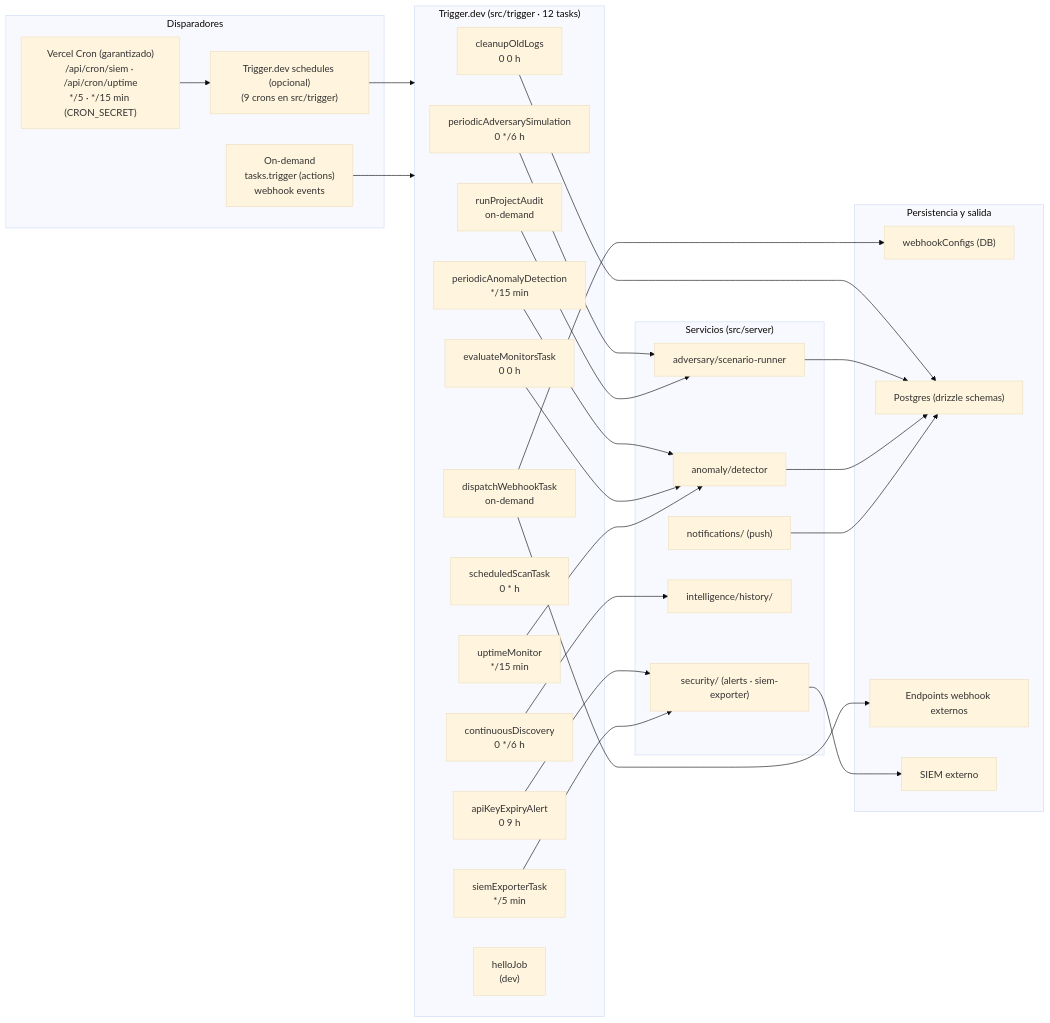
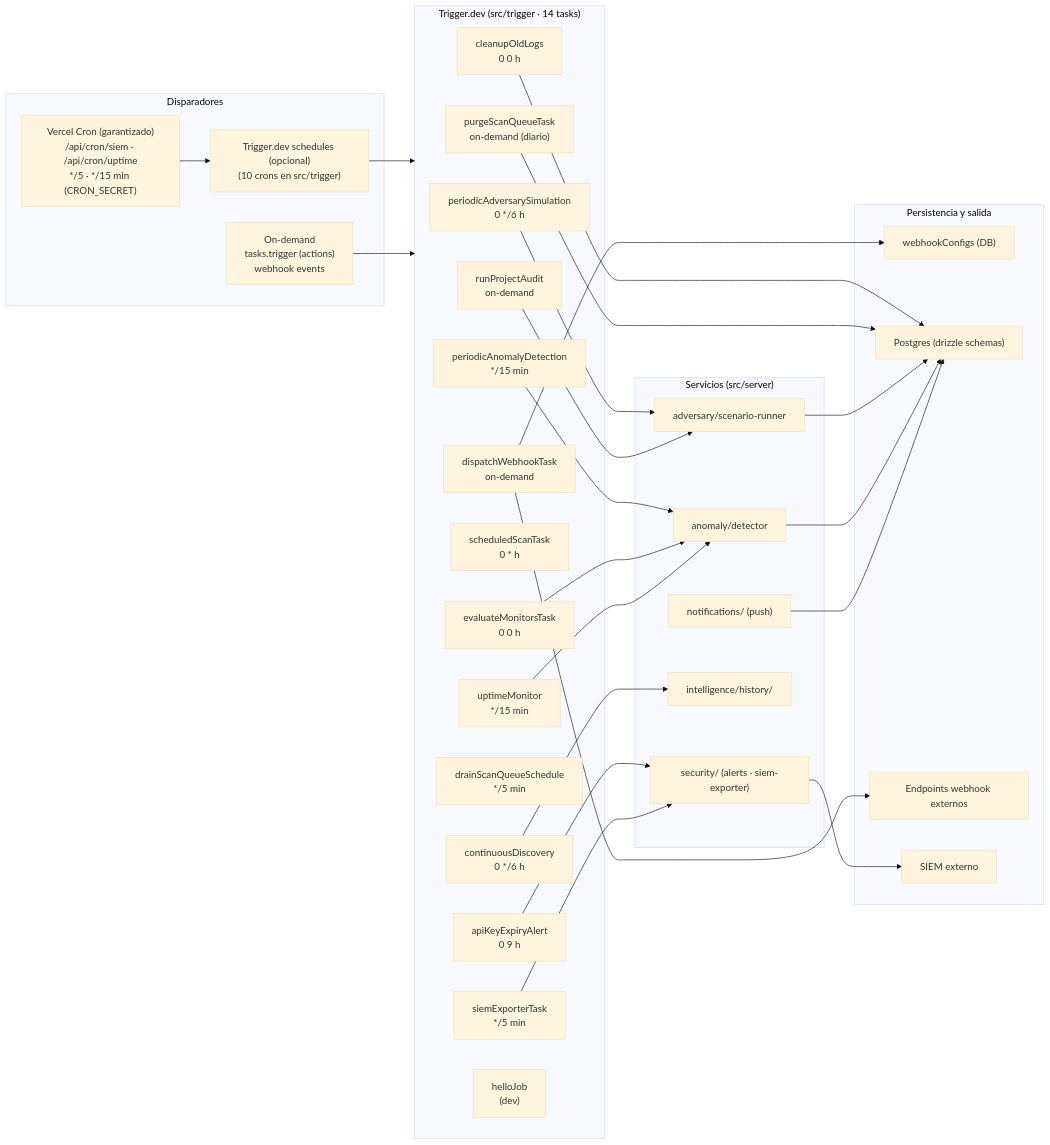
The third of 4 diagrams in docs/architecture/SYSTEM-MAP.md (StrategicConnex/StrategicConnexAudit), drawn with Mermaid (base theme) before and after one commit. The commit also changed other lines of this file and 40 other files, not shown here.

````diff
--- a/docs/architecture/SYSTEM-MAP.md
+++ b/docs/architecture/SYSTEM-MAP.md
@@ -165,57 +165,60 @@
 ```mermaid
 flowchart LR
     subgraph SCHED["Disparadores"]
         CRON["Vercel Cron (garantizado)<br/>/api/cron/siem · /api/cron/uptime<br/>*/5 · */15 min (CRON_SECRET)"]
-        SCHED2["Trigger.dev schedules (opcional)<br/>(9 crons en src/trigger)"]
+        SCHED2["Trigger.dev schedules (opcional)<br/>(10 crons en src/trigger)"]
         ONDEMAND["On-demand<br/>tasks.trigger (actions)<br/>webhook events"]
     end
 
-    subgraph TRIG["Trigger.dev (src/trigger · 12 tasks)"]
+    subgraph TRIG["Trigger.dev (src/trigger · 14 tasks)"]
         T_ADV["periodicAdversarySimulation<br/>0 */6 h"]
         T_ANOM["periodicAnomalyDetection<br/>*/15 min"]
         T_KEY["apiKeyExpiryAlert<br/>0 9 h"]
         T_CLEAN["cleanupOldLogs<br/>0 0 h"]
         T_DISC["continuousDiscovery<br/>0 */6 h"]
         T_MON["evaluateMonitorsTask<br/>0 0 h"]
         T_SCAN["scheduledScanTask<br/>0 * h"]
         T_SIEM["siemExporterTask<br/>*/5 min"]
         T_UP["uptimeMonitor<br/>*/15 min"]
+        T_SQ["drainScanQueueSchedule<br/>*/5 min"]
+        T_PURGE["purgeScanQueueTask<br/>on-demand (diario)"]
         T_AUDIT["runProjectAudit<br/>on-demand"]
         T_WEB["dispatchWebhookTask<br/>on-demand"]
         T_HELLO["helloJob<br/>(dev)"]
     end
 
     subgraph SRVC["Servicios (src/server)"]
         S_ADV["adversary/scenario-runner"]
         S_ANOM["anomaly/detector"]
         S_SEC["security/ (alerts · siem-exporter)"]
         S_HIST["intelligence/history/"]
         S_NOTIF["notifications/ (push)"]
     end
 
     subgraph DATA2["Persistencia y salida"]
         D_WH["webhookConfigs (DB)"]
         D_DB["Postgres (drizzle schemas)"]
         D_EXT["Endpoints webhook externos"]
         D_SIEM["SIEM externo"]
     end
 
     CRON --> SCHED2
     SCHED2 --> TRIG
     ONDEMAND --> TRIG
     T_ADV --> S_ADV
     T_ANOM --> S_ANOM
     T_MON --> S_ANOM
     T_KEY --> S_SEC
     T_DISC --> S_HIST
     T_SIEM --> S_SEC
     T_UP --> S_ANOM
     T_AUDIT --> S_ADV
     T_CLEAN --> D_DB
+    T_PURGE --> D_DB
     S_ADV --> D_DB
     S_ANOM --> D_DB
     S_SEC --> D_SIEM
     S_NOTIF --> D_DB
     T_WEB --> D_WH
     T_WEB --> D_EXT
 ```
````
